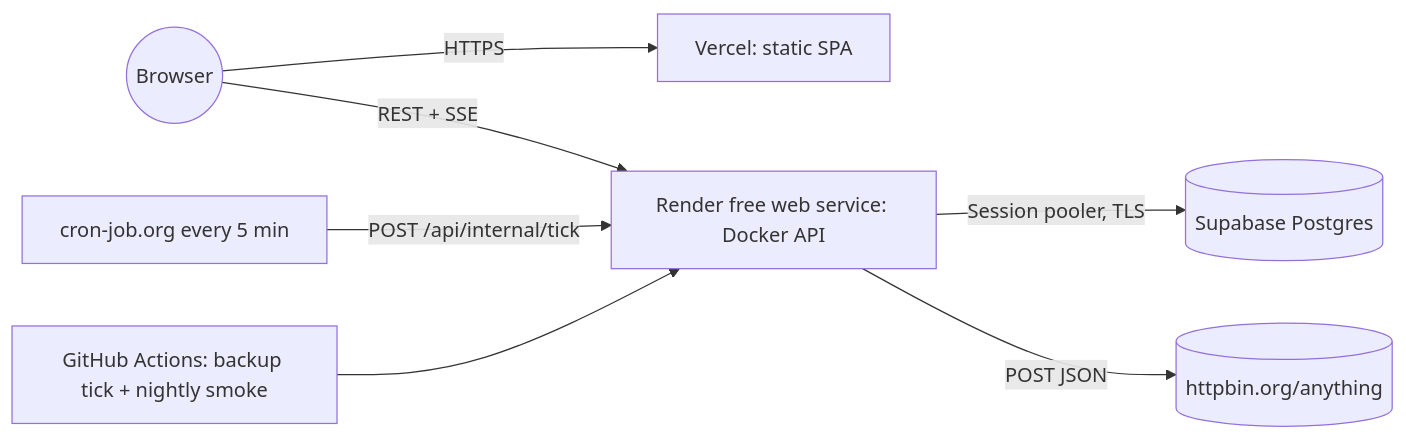
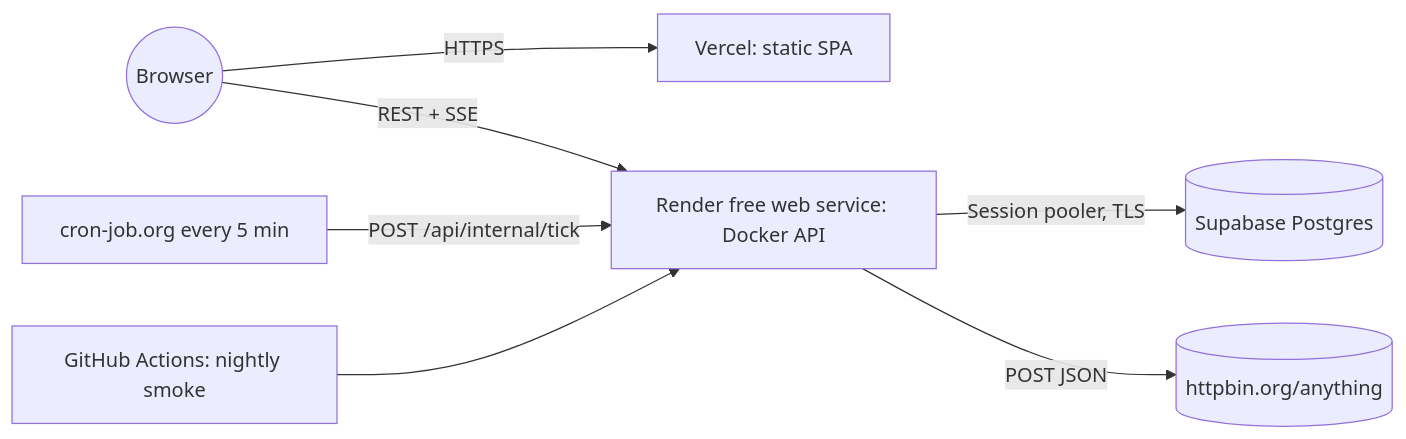
Before and after one commit to Code-Sage/BizScout: the diagram in docs/DEPLOYMENT.md, drawn with Mermaid. The commit also changed other lines of this file and 4 other files, not shown here.

First line of the commit message:
ci: remove GitHub Actions backup keep-alive tick

````diff
--- a/docs/DEPLOYMENT.md
+++ b/docs/DEPLOYMENT.md
@@ -5,9 +5,9 @@
 ```mermaid
 flowchart LR
   User((Browser)) -->|HTTPS| Vercel[Vercel: static SPA]
   User -->|REST + SSE| Render[Render free web service: Docker API]
   Cron[cron-job.org every 5 min] -->|POST /api/internal/tick| Render
-  GHA[GitHub Actions: backup tick + nightly smoke] --> Render
+  GHA[GitHub Actions: nightly smoke] --> Render
   Render -->|Session pooler, TLS| Supabase[(Supabase Postgres)]
   Render -->|POST JSON| Httpbin[(httpbin.org/anything)]
 ```
````
